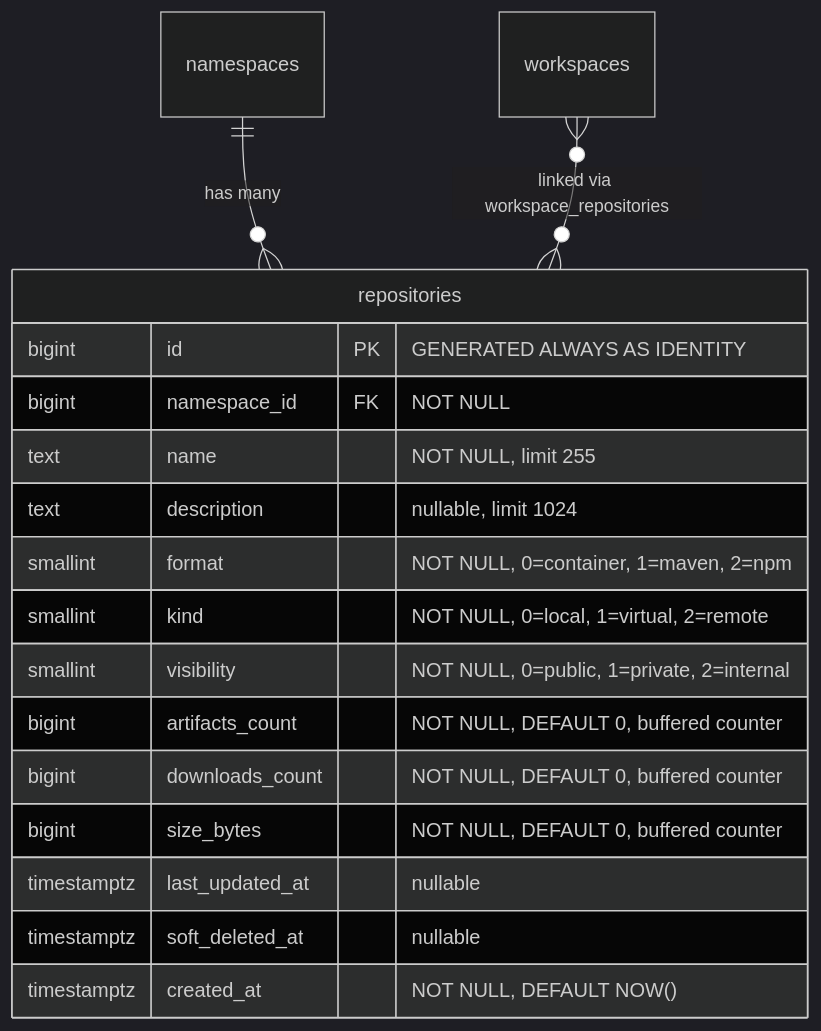
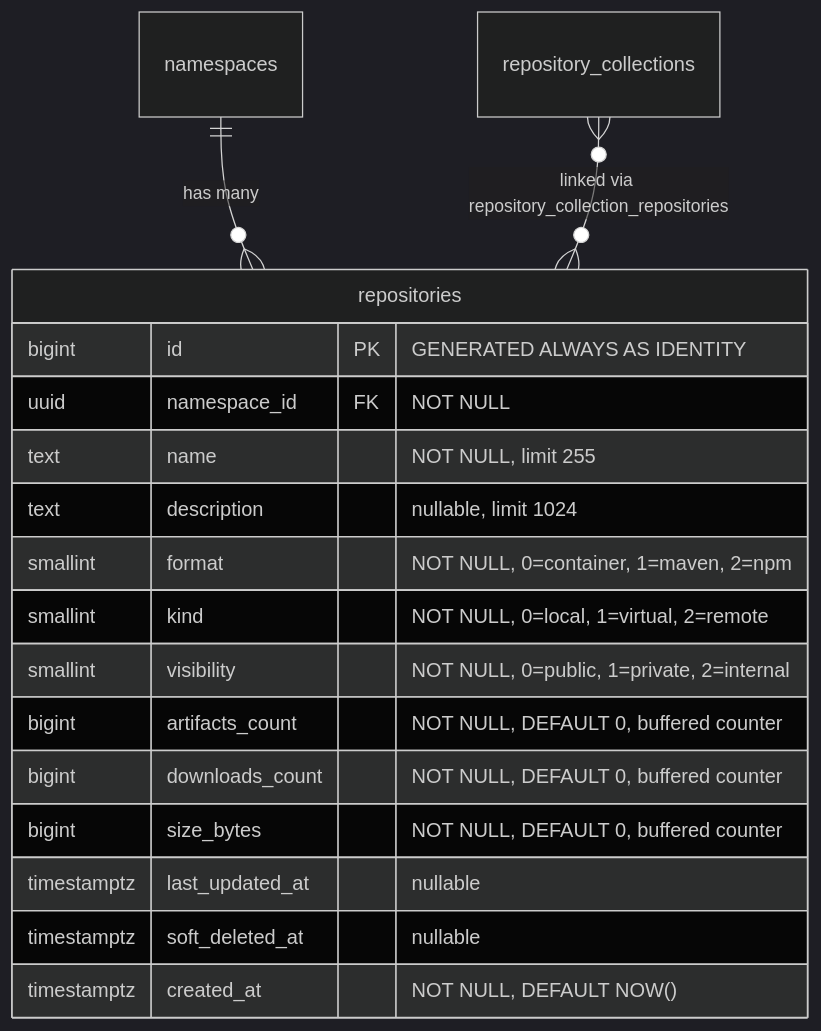
One commit to kyama0/gitlab-handbook-ja changed the third of 17 diagrams in content/handbook/engineering/architecture/design-documents/artifact_registry/decisions/007_database_schema.md. Above: the diagram before and after it, drawn with Mermaid (dark theme). The commit also changed other lines of this file and 10 other files, not shown here.

Commit message:
translation: update 10 modified engineering architecture artifact_registry + ai editor-extensions files

````diff
--- a/content/handbook/engineering/architecture/design-documents/artifact_registry/decisions/007_database_schema.md
+++ b/content/handbook/engineering/architecture/design-documents/artifact_registry/decisions/007_database_schema.md
@@ -130,21 +130,21 @@
 ```mermaid
 erDiagram
     namespaces ||--o{ repositories : "has many"
-    workspaces }o--o{ repositories : "linked via workspace_repositories"
+    repository_collections }o--o{ repositories : "linked via repository_collection_repositories"
 
     repositories {
         bigint id PK "GENERATED ALWAYS AS IDENTITY"
-        bigint namespace_id FK "NOT NULL"
+        uuid namespace_id FK "NOT NULL"
         text name "NOT NULL, limit 255"
         text description "nullable, limit 1024"
         smallint format "NOT NULL, 0=container, 1=maven, 2=npm"
         smallint kind "NOT NULL, 0=local, 1=virtual, 2=remote"
         smallint visibility "NOT NULL, 0=public, 1=private, 2=internal"
         bigint artifacts_count "NOT NULL, DEFAULT 0, buffered counter"
         bigint downloads_count "NOT NULL, DEFAULT 0, buffered counter"
         bigint size_bytes "NOT NULL, DEFAULT 0, buffered counter"
         timestamptz last_updated_at "nullable"
         timestamptz soft_deleted_at "nullable"
         timestamptz created_at "NOT NULL, DEFAULT NOW()"
     }
 ```
````
